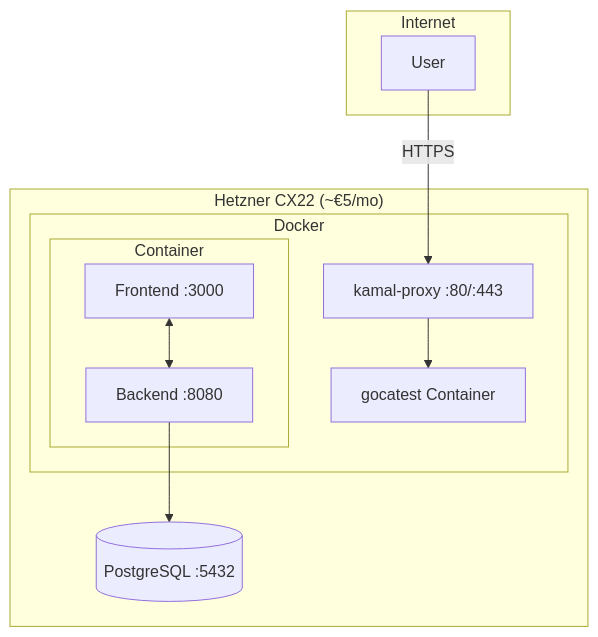
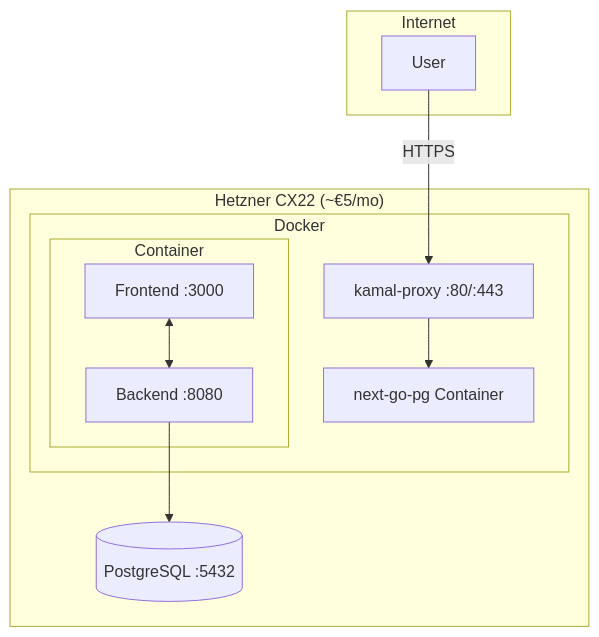
One commit to atilladeniz/next-go-pg changed the first of 7 diagrams in .concepts/architecture/deployment.md. Above: the diagram before and after it, drawn with Mermaid. The commit also changed other lines of this file and 35 other files, not shown here.

````diff
--- a/.concepts/architecture/deployment.md
+++ b/.concepts/architecture/deployment.md
@@ -9,23 +9,23 @@
 ```mermaid
 flowchart TB
     subgraph Internet
         U[User]
     end
 
     subgraph Server["Hetzner CX22 (~€5/mo)"]
         subgraph Docker
             P[kamal-proxy :80/:443]
-            C[gocatest Container]
+            C[next-go-pg Container]
             subgraph Container
                 F[Frontend :3000]
                 B[Backend :8080]
             end
         end
         D[(PostgreSQL :5432)]
     end
 
     U -->|HTTPS| P
     P --> C
     F <--> B
     B --> D
 ```
````
